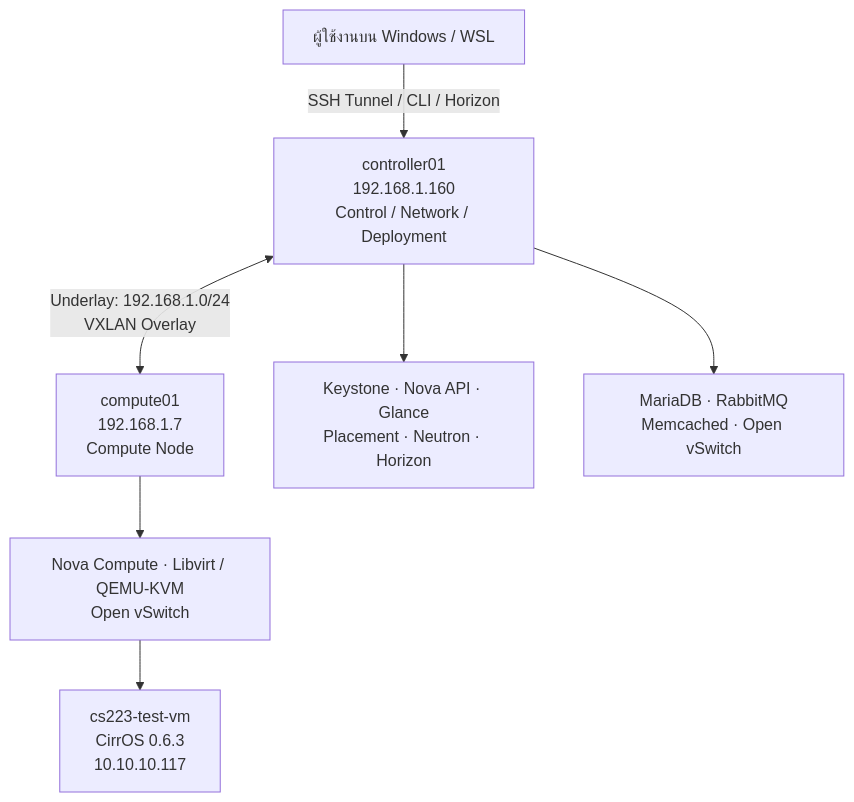
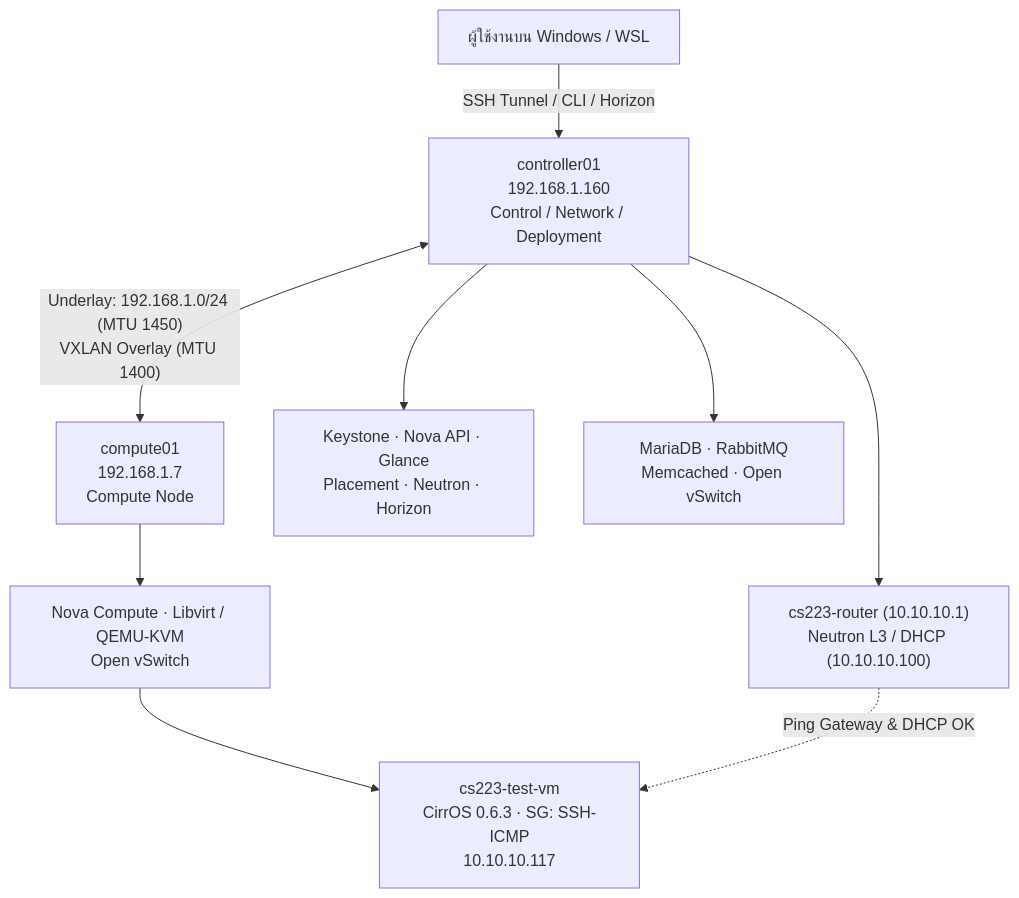
The first of 2 diagrams in README.md (ronnakrit303/CS223-TermProject), drawn with Mermaid before and after one commit. The commit also changed other lines of this file and 7 other files, not shown here.

Commit message:
docs & evidence: complete 14/14 QA tests and sync architecture diagrams

````diff
--- a/README.md
+++ b/README.md
@@ -54,16 +54,19 @@
 ```mermaid
 flowchart TB
     USER["ผู้ใช้งานบน Windows / WSL"]
     CTRL["controller01<br/>192.168.1.160<br/>Control / Network / Deployment"]
     COMP["compute01<br/>192.168.1.7<br/>Compute Node"]
     API["Keystone · Nova API · Glance<br/>Placement · Neutron · Horizon"]
     INFRA["MariaDB · RabbitMQ<br/>Memcached · Open vSwitch"]
+    RTR["cs223-router (10.10.10.1)<br/>Neutron L3 / DHCP (10.10.10.100)"]
     HYP["Nova Compute · Libvirt / QEMU-KVM<br/>Open vSwitch"]
-    VM["cs223-test-vm<br/>CirrOS 0.6.3<br/>10.10.10.117"]
+    VM["cs223-test-vm<br/>CirrOS 0.6.3 · SG: SSH-ICMP<br/>10.10.10.117"]
 
     USER -->|"SSH Tunnel / CLI / Horizon"| CTRL
     CTRL --> API
     CTRL --> INFRA
-    CTRL <-->|"Underlay: 192.168.1.0/24<br/>VXLAN Overlay"| COMP
+    CTRL --> RTR
+    CTRL <-->|"Underlay: 192.168.1.0/24 (MTU 1450)<br/>VXLAN Overlay (MTU 1400)"| COMP
     COMP --> HYP --> VM
+    RTR -.->|"Ping Gateway & DHCP OK"| VM
 ```
````
